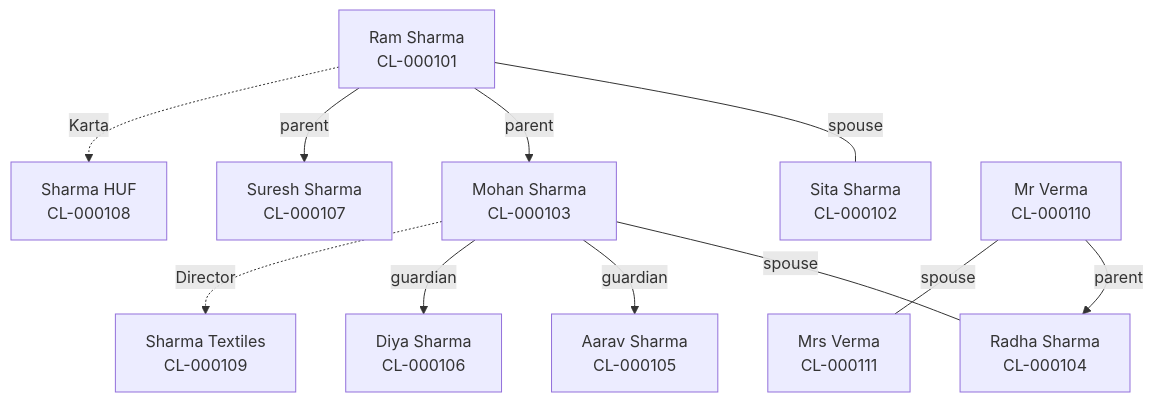
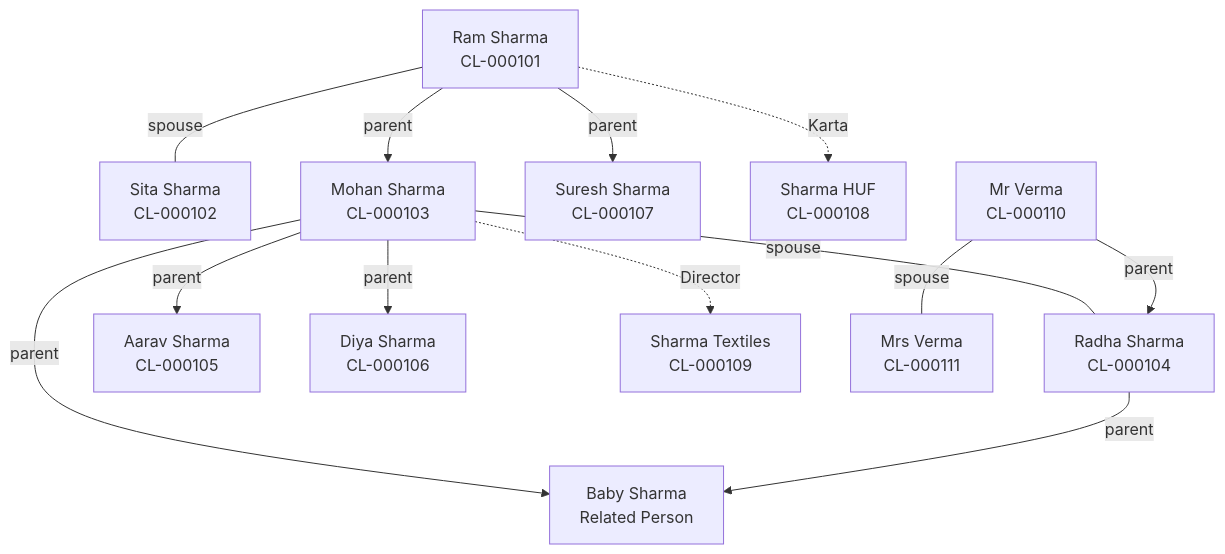
Before and after one commit to knapsfs/dhanada: the second of 2 diagrams in docs/05-examples/sharma-family.md, drawn with Mermaid. The commit also changed other lines of this file and 35 other files, not shown here.

````diff
--- a/docs/05-examples/sharma-family.md
+++ b/docs/05-examples/sharma-family.md
@@ -77,25 +79,28 @@
 ```mermaid
 flowchart TB
     Ram["Ram Sharma<br/>CL-000101"]
     Sita["Sita Sharma<br/>CL-000102"]
     Mohan["Mohan Sharma<br/>CL-000103"]
     Radha["Radha Sharma<br/>CL-000104"]
     Suresh["Suresh Sharma<br/>CL-000107"]
     Aarav["Aarav Sharma<br/>CL-000105"]
     Diya["Diya Sharma<br/>CL-000106"]
+    Baby["Baby Sharma<br/>Related Person"]
     HUF["Sharma HUF<br/>CL-000108"]
     Co["Sharma Textiles<br/>CL-000109"]
     PV["Mr Verma<br/>CL-000110"]
     PM["Mrs Verma<br/>CL-000111"]
 
     Ram ---|spouse| Sita
     Ram -->|parent| Mohan
     Ram -->|parent| Suresh
     Mohan ---|spouse| Radha
-    Mohan -->|guardian| Aarav
-    Mohan -->|guardian| Diya
+    Mohan -->|parent| Aarav
+    Mohan -->|parent| Diya
+    Mohan -->|parent| Baby
+    Radha -->|parent| Baby
     PV -->|parent| Radha
     PV ---|spouse| PM
     Ram -.->|Karta| HUF
     Mohan -.->|Director| Co
 ```
````
